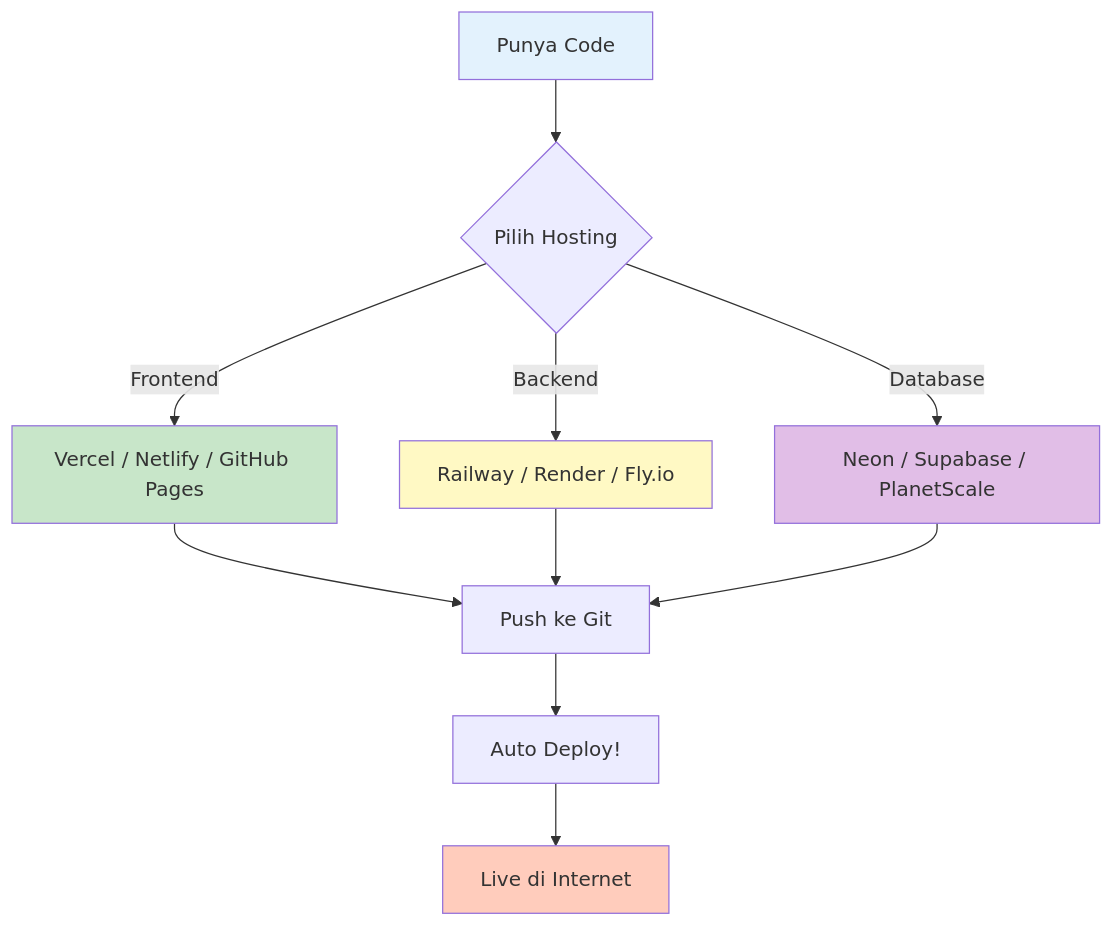
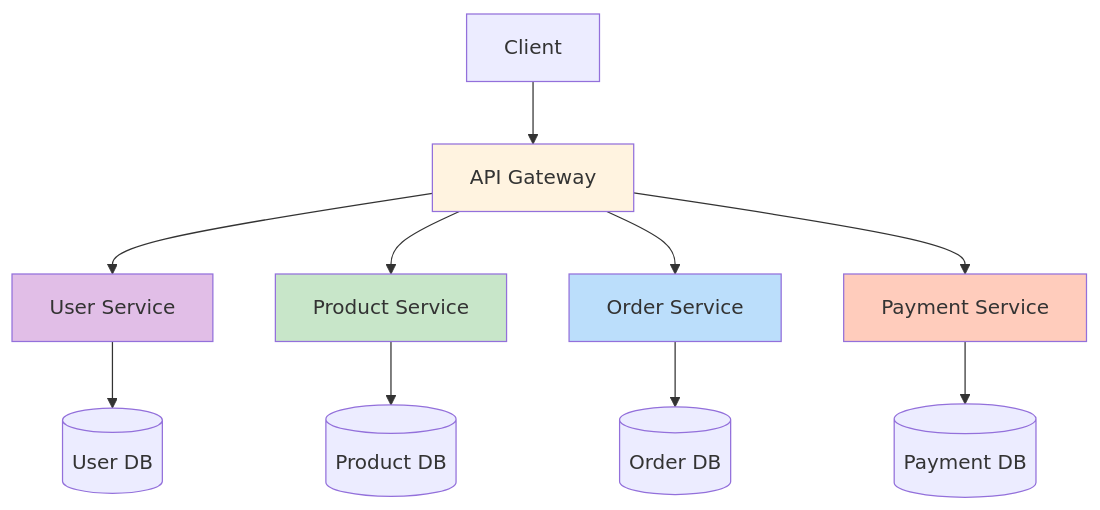
One commit to ant-joshua/rpl-ai-curriculum changed the second of 4 diagrams in 36-web-architecture/04-hosting-deploy.md. Above: the diagram before and after it, drawn with Mermaid. The commit also changed other lines of this file and 80 other files, not shown here.

````diff
--- a/36-web-architecture/04-hosting-deploy.md
+++ b/36-web-architecture/04-hosting-deploy.md
@@ -5,17 +61,17 @@
 ```mermaid
 graph TD
-    A[Punya Code] --> B{Pilih Hosting}
-    B -->|Frontend| C[Vercel / Netlify / GitHub Pages]
-    B -->|Backend| D[Railway / Render / Fly.io]
-    B -->|Database| E[Neon / Supabase / PlanetScale]
-    C --> F[Push ke Git]
-    D --> F
-    E --> F
-    F --> G[Auto Deploy!]
-    G --> H[Live di Internet]
-    style A fill:#e3f2fd
-    style C fill:#c8e6c9
-    style D fill:#fff9c4
-    style E fill:#e1bee7
-    style H fill:#ffccbc
+    A[Client] --> B[API Gateway]
+    B --> C[User Service]
+    B --> D[Product Service]
+    B --> E[Order Service]
+    B --> F[Payment Service]
+    C --> G[(User DB)]
+    D --> H[(Product DB)]
+    E --> I[(Order DB)]
+    F --> J[(Payment DB)]
+    style B fill:#fff3e0
+    style C fill:#e1bee7
+    style D fill:#c8e6c9
+    style E fill:#bbdefb
+    style F fill:#ffccbc
 ```
````
